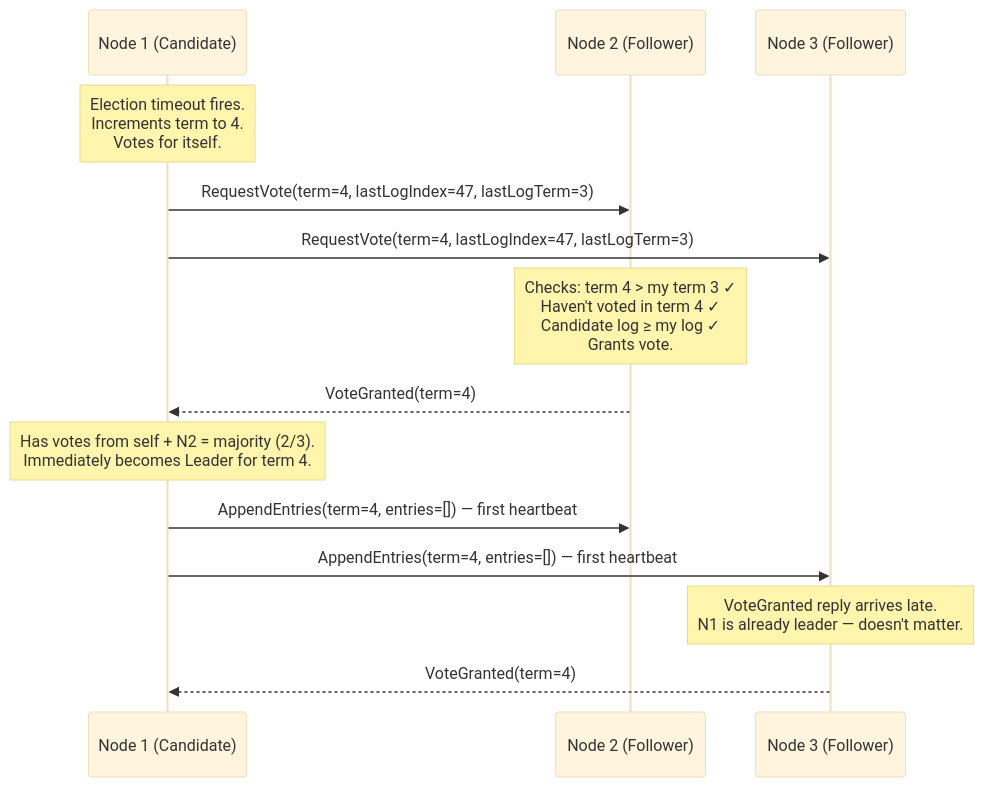
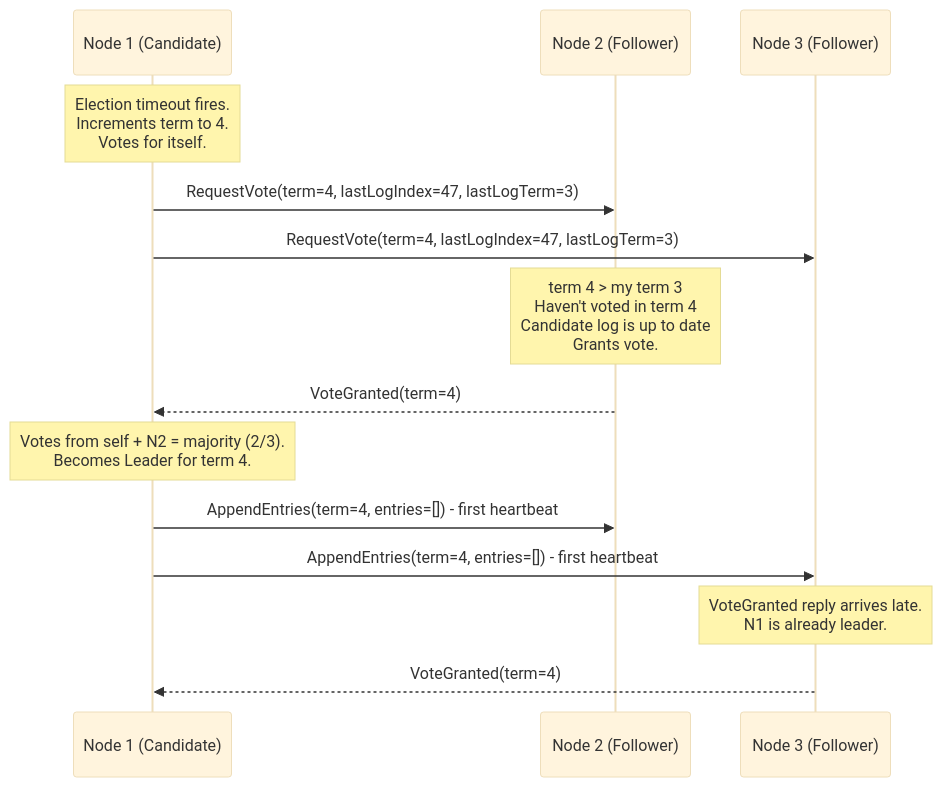
One commit to Utkarsh-patel26/Kronos changed the third of 9 diagrams in README.md. Above: the diagram before and after it, drawn with Mermaid (base theme). The commit also changed other lines of this file, not shown here.

````diff
--- a/README.md
+++ b/README.md
@@ -124,23 +124,23 @@
 ```mermaid
 sequenceDiagram
     participant N1 as Node 1 (Candidate)
     participant N2 as Node 2 (Follower)
     participant N3 as Node 3 (Follower)
 
     Note over N1: Election timeout fires.<br/>Increments term to 4.<br/>Votes for itself.
 
     N1->>N2: RequestVote(term=4, lastLogIndex=47, lastLogTerm=3)
     N1->>N3: RequestVote(term=4, lastLogIndex=47, lastLogTerm=3)
 
-    Note over N2: Checks: term 4 > my term 3 ✓<br/>Haven't voted in term 4 ✓<br/>Candidate log ≥ my log ✓<br/>Grants vote.
+    Note over N2: term 4 > my term 3<br/>Haven't voted in term 4<br/>Candidate log is up to date<br/>Grants vote.
 
     N2-->>N1: VoteGranted(term=4)
 
-    Note over N1: Has votes from self + N2 = majority (2/3).<br/>Immediately becomes Leader for term 4.
+    Note over N1: Votes from self + N2 = majority (2/3).<br/>Becomes Leader for term 4.
 
-    N1->>N2: AppendEntries(term=4, entries=[]) — first heartbeat
-    N1->>N3: AppendEntries(term=4, entries=[]) — first heartbeat
+    N1->>N2: AppendEntries(term=4, entries=[]) - first heartbeat
+    N1->>N3: AppendEntries(term=4, entries=[]) - first heartbeat
 
-    Note over N3: VoteGranted reply arrives late.<br/>N1 is already leader — doesn't matter.
+    Note over N3: VoteGranted reply arrives late.<br/>N1 is already leader.
     N3-->>N1: VoteGranted(term=4)
 ```
````
